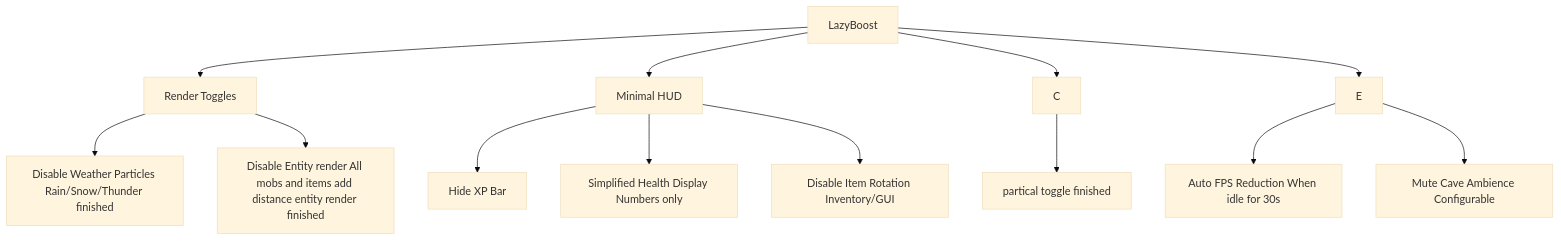
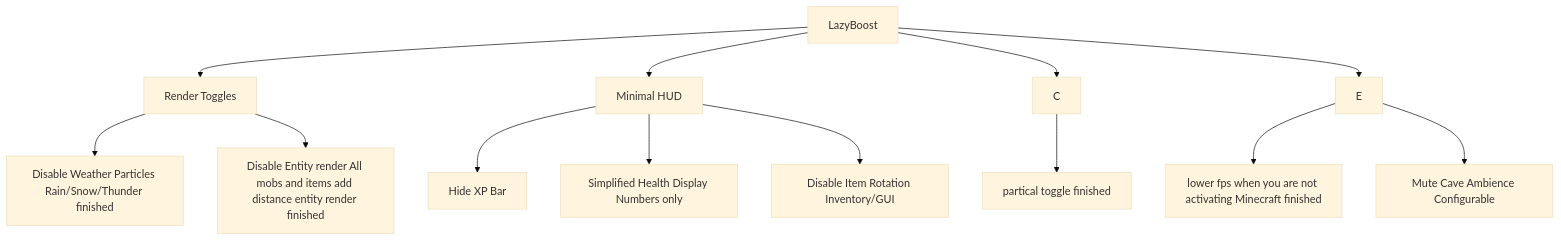
Before and after one commit to zhengzhengyiyi/lazyboost-render: the diagram in README.md, drawn with Mermaid (base theme). The commit also changed 3 other files, not shown here.

Commit message:
finish lower fps when you are not activating Minecraft

````diff
--- a/README.md
+++ b/README.md
@@ -1,27 +1,27 @@
 ```mermaid
 flowchart TD
     A[LazyBoost] --> B[Render Toggles]
 
     A --> D[Minimal HUD]
 
     B --> B1[Disable Weather Particles Rain/Snow/Thunder finished]
 
     B --> B2[Disable Entity render All mobs and items add distance entity render finished]
 
     A --> C
 
     A --> E
 
     C --> C1[partical toggle finished]
 
     D --> D1[Hide XP Bar]
 
     D --> D2[Simplified Health Display Numbers only]
 
     D --> D3[Disable Item Rotation Inventory/GUI]
 
-    E --> E1[Auto FPS Reduction When idle for 30s]
+    E --> E1[lower fps when you are not activating Minecraft finished]
 
     E --> E2[Mute Cave Ambience Configurable]
 
 ```
````
